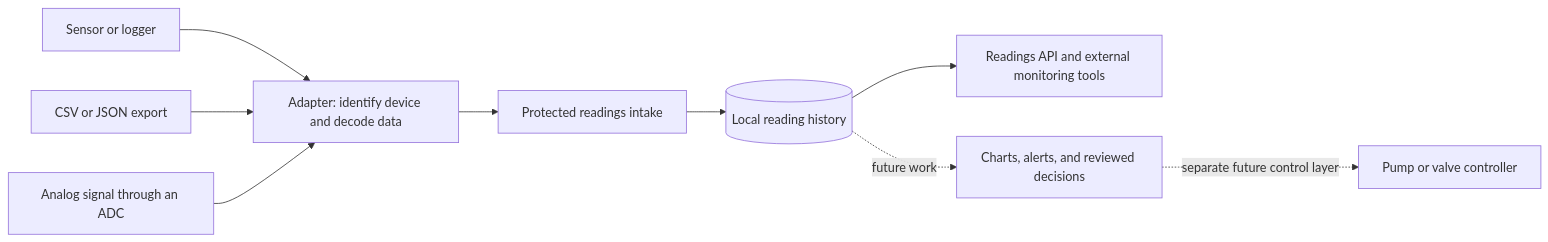
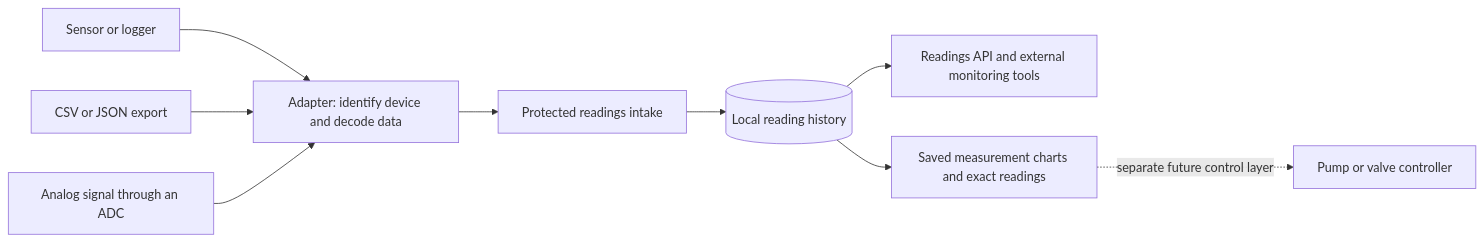
Before and after one commit to RicheyWorks/FlowersForever: the diagram in docs/FARM_READINGS.md, drawn with Mermaid. The commit also changed other lines of this file and 19 other files, not shown here.

Commit message:
Show exact equipment measurement history with clear quality gaps

````diff
--- a/docs/FARM_READINGS.md
+++ b/docs/FARM_READINGS.md
@@ -62,11 +72,11 @@
 ```mermaid
 flowchart LR
     S[Sensor or logger] --> A[Adapter: identify device and decode data]
     C[CSV or JSON export] --> A
     ADC[Analog signal through an ADC] --> A
     A --> I[Protected readings intake]
     I --> H[(Local reading history)]
     H --> R[Readings API and external monitoring tools]
-    H -. future work .-> D[Charts, alerts, and reviewed decisions]
+    H --> D[Saved measurement charts and exact readings]
     D -. separate future control layer .-> P[Pump or valve controller]
 ```
````
